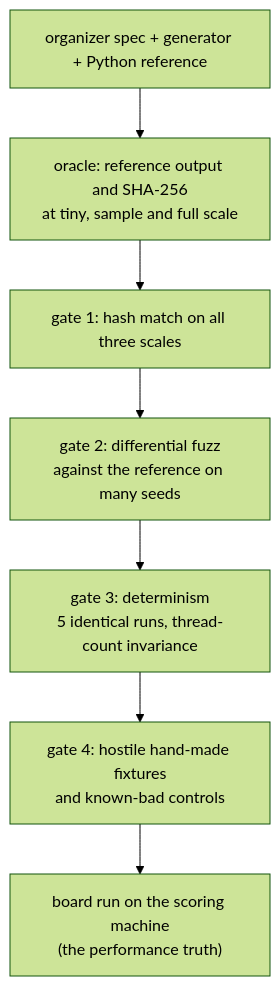
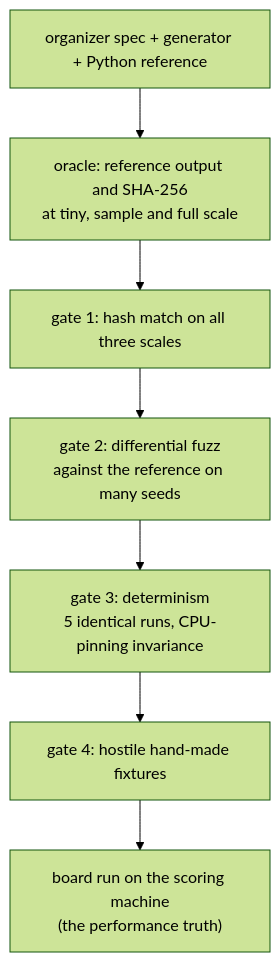
One commit to Dev-Am12/speed-demon-ganondorf changed the seventh of 8 diagrams in README.md. Above: the diagram before and after it, drawn with Mermaid (forest theme). The commit also changed other lines of this file and 7 other files, not shown here.

````diff
--- a/README.md
+++ b/README.md
@@ -271,9 +284,9 @@
 ```mermaid
 flowchart TB
     SPEC["organizer spec + generator + Python reference"] --> ORA["oracle: reference output and SHA-256<br/>at tiny, sample and full scale"]
     ORA --> G1["gate 1: hash match on all three scales"]
     G1 --> G2["gate 2: differential fuzz<br/>against the reference on many seeds"]
-    G2 --> G3["gate 3: determinism<br/>5 identical runs, thread-count invariance"]
-    G3 --> G4["gate 4: hostile hand-made fixtures<br/>and known-bad controls"]
+    G2 --> G3["gate 3: determinism<br/>5 identical runs, CPU-pinning invariance"]
+    G3 --> G4["gate 4: hostile hand-made fixtures"]
     G4 --> BOARD["board run on the scoring machine<br/>(the performance truth)"]
 ```
````
